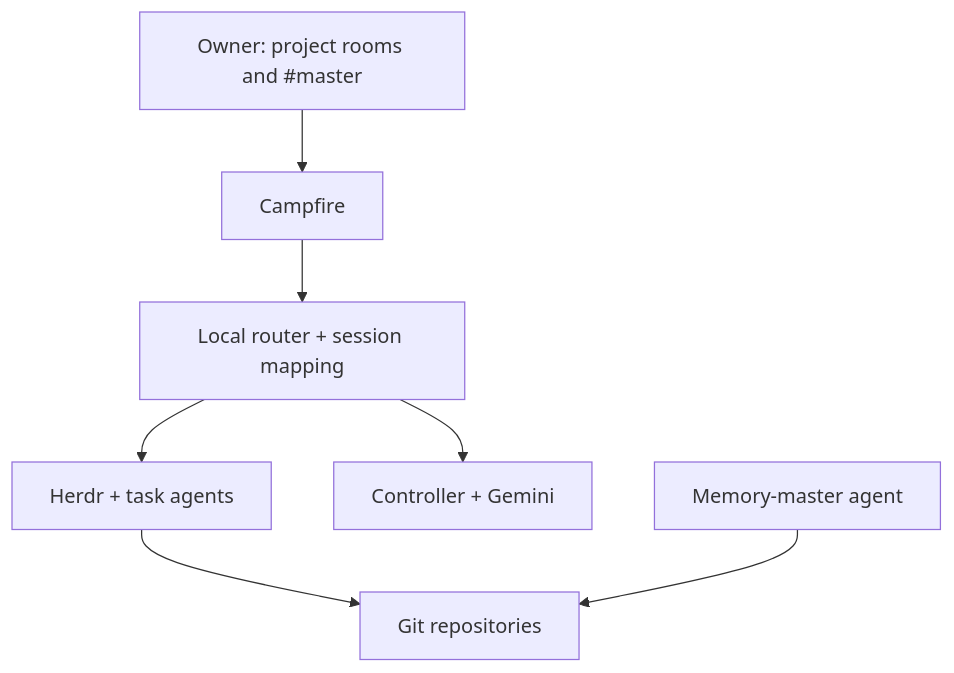
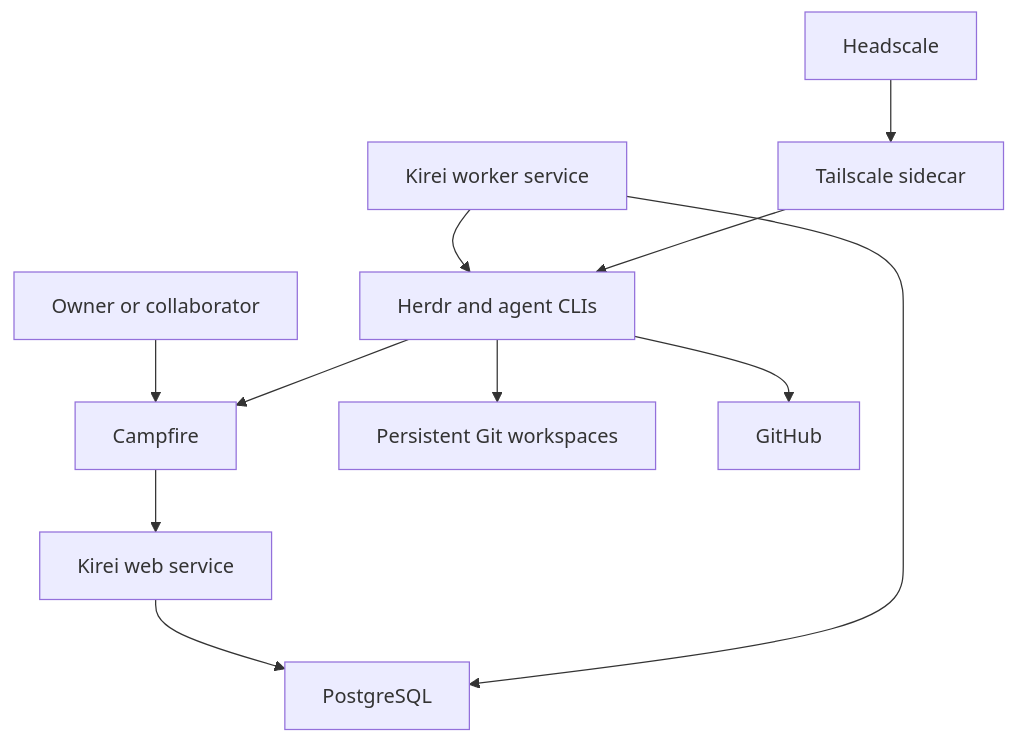
Before and after one commit to swiknaba/digitaltwin: the diagram in docs/agent-fleet-architecture-and-review.md, drawn with Mermaid. The commit also changed other lines of this file and 1 other file, not shown here.

Commit message:
Document Phase 0 agent fleet specification

````diff
--- a/docs/agent-fleet-architecture-and-review.md
+++ b/docs/agent-fleet-architecture-and-review.md
@@ -35,9 +93,13 @@
 ```mermaid
 flowchart TD
-    Owner["Owner: project rooms and #master"] --> Campfire["Campfire"]
-    Campfire --> Router["Local router + session mapping"]
-    Router --> Herdr["Herdr + task agents"]
-    Router --> Controller["Controller + Gemini"]
-    Herdr --> Git["Git repositories"]
-    Memory["Memory-master agent"] --> Git
+    Human["Owner or collaborator"] --> Campfire["Campfire"]
+    Campfire --> Web["Kirei web service"]
+    Web --> Database["PostgreSQL"]
+    Worker["Kirei worker service"] --> Database
+    Worker --> Runtime["Herdr and agent CLIs"]
+    Runtime --> Repositories["Persistent Git workspaces"]
+    Runtime --> GitHub["GitHub"]
+    Runtime --> Campfire
+    Tailnet["Tailscale sidecar"] --> Runtime
+    Headscale["Headscale"] --> Tailnet
 ```
````
